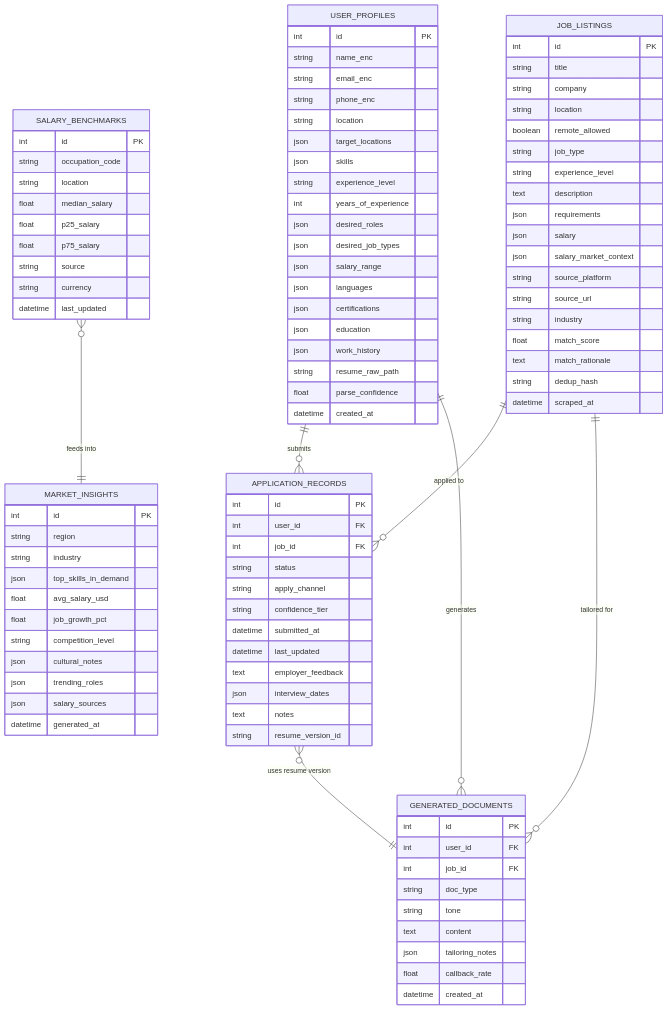
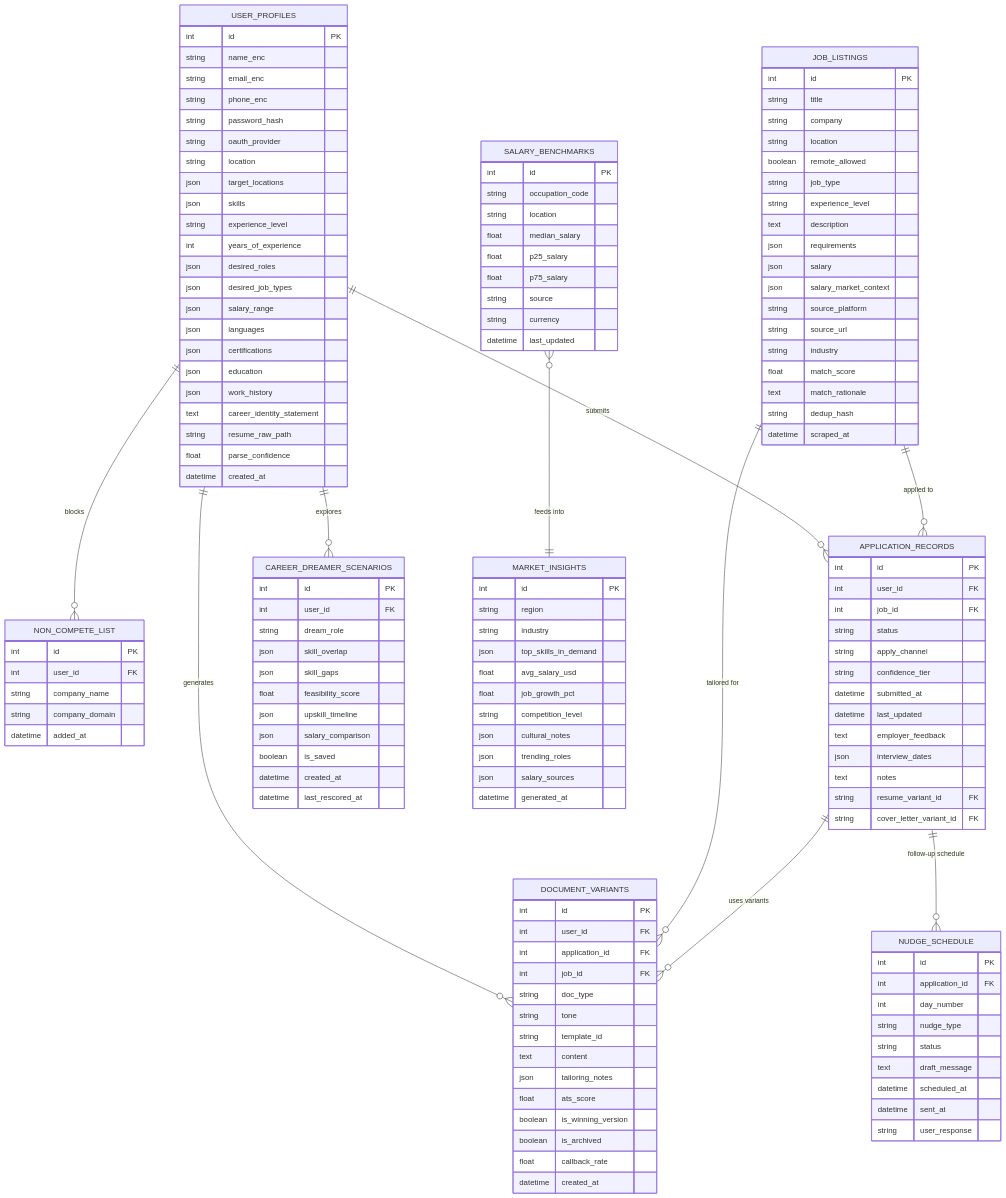
One commit to MsSaidat25/AI-Job-Agent changed the first of 5 diagrams in docs/PRD.md. Above: the diagram before and after it, drawn with Mermaid. The commit also changed other lines of this file and 26 other files, not shown here.

First line of the commit message:
Harden backend, redesign product vision, add Career Dreamer-inspired roadmap (#11)

````diff
--- a/docs/PRD.md
+++ b/docs/PRD.md
@@ -592,6 +620,8 @@
         string name_enc
         string email_enc
         string phone_enc
+        string password_hash
+        string oauth_provider
         string location
         json target_locations
         json skills
@@ -604,9 +634,18 @@
         json certifications
         json education
         json work_history
+        text career_identity_statement
         string resume_raw_path
         float parse_confidence
         datetime created_at
+    }
+
+    NON_COMPETE_LIST {
+        int id PK
+        int user_id FK
+        string company_name
+        string company_domain
+        datetime added_at
     }
 
     JOB_LISTINGS {
@@ -642,7 +681,63 @@
         text employer_feedback
         json interview_dates
         text notes
-        string resume_version_id
+        string resume_variant_id FK
+        string cover_letter_variant_id FK
+    }
+
+    DOCUMENT_VARIANTS {
+        int id PK
+        int user_id FK
+        int application_id FK
+        int job_id FK
+        string doc_type
+        string tone
+        string template_id
+        text content
+        json tailoring_notes
+        float ats_score
+        boolean is_winning_version
+        boolean is_archived
+        float callback_rate
+        datetime created_at
+    }
+
+    NUDGE_SCHEDULE {
+        int id PK
+        int application_id FK
+        int day_number
+        string nudge_type
+        string status
+        text draft_message
+        datetime scheduled_at
+        datetime sent_at
+        string user_response
+    }
+
+    CAREER_DREAMER_SCENARIOS {
+        int id PK
+        int user_id FK
+        string dream_role
+        json skill_overlap
+        json skill_gaps
+        float feasibility_score
+        json upskill_timeline
+        json salary_comparison
+        boolean is_saved
+        datetime created_at
+        datetime last_rescored_at
+    }
+
+    SALARY_BENCHMARKS {
+        int id PK
+        string occupation_code
+        string location
+        float median_salary
+        float p25_salary
+        float p75_salary
+        string source
+        string currency
+        datetime last_updated
     }
 
     MARKET_INSIGHTS {
@@ -659,34 +754,13 @@
         datetime generated_at
     }
 
-    GENERATED_DOCUMENTS {
-        int id PK
-        int user_id FK
-        int job_id FK
-        string doc_type
-        string tone
-        text content
-        json tailoring_notes
-        float callback_rate
-        datetime created_at
-    }
-
-    SALARY_BENCHMARKS {
-        int id PK
-        string occupation_code
-        string location
-        float median_salary
-        float p25_salary
-        float p75_salary
-        string source
-        string currency
-        datetime last_updated
-    }
-
     USER_PROFILES ||--o{ APPLICATION_RECORDS : "submits"
+    USER_PROFILES ||--o{ NON_COMPETE_LIST : "blocks"
+    USER_PROFILES ||--o{ CAREER_DREAMER_SCENARIOS : "explores"
+    USER_PROFILES ||--o{ DOCUMENT_VARIANTS : "generates"
     JOB_LISTINGS ||--o{ APPLICATION_RECORDS : "applied to"
-    USER_PROFILES ||--o{ GENERATED_DOCUMENTS : "generates"
-    JOB_LISTINGS ||--o{ GENERATED_DOCUMENTS : "tailored for"
-    APPLICATION_RECORDS }o--|| GENERATED_DOCUMENTS : "uses resume version"
+    JOB_LISTINGS ||--o{ DOCUMENT_VARIANTS : "tailored for"
+    APPLICATION_RECORDS ||--o{ DOCUMENT_VARIANTS : "uses variants"
+    APPLICATION_RECORDS ||--o{ NUDGE_SCHEDULE : "follow-up schedule"
     SALARY_BENCHMARKS }o--|| MARKET_INSIGHTS : "feeds into"
 ```
````
